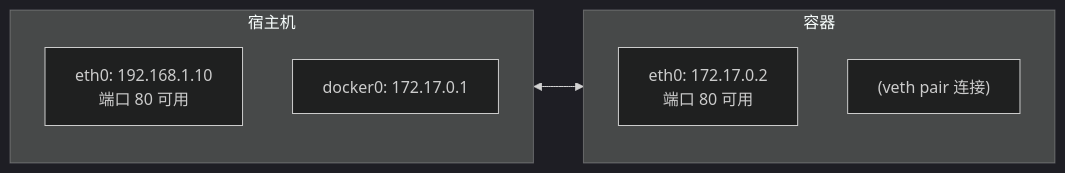
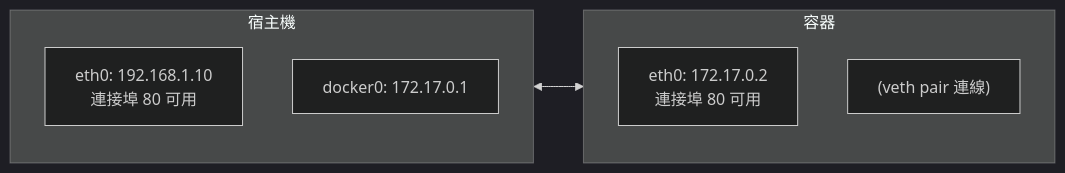
The second of 3 diagrams in 12_implementation/12.2_namespace.md (doggy8088/docker_practice), drawn with Mermaid (dark theme) before and after one commit. The commit also changed other lines of this file and 211 other files, not shown here.

````diff
--- a/12_implementation/12.2_namespace.md
+++ b/12_implementation/12.2_namespace.md
@@ -89,16 +89,16 @@
 ```mermaid
 flowchart LR
-    subgraph Host ["宿主机"]
+    subgraph Host ["宿主機"]
         direction TB
-        H1["eth0: 192.168.1.10<br/>端口 80 可用"]
+        H1["eth0: 192.168.1.10<br/>連接埠 80 可用"]
         H2["docker0: 172.17.0.1"]
     end
 
     subgraph Container ["容器"]
         direction TB
-        C1["eth0: 172.17.0.2<br/>端口 80 可用"]
-        C2["(veth pair 连接)"]
+        C1["eth0: 172.17.0.2<br/>連接埠 80 可用"]
+        C2["(veth pair 連線)"]
     end
 
     H2 <--> C2
 ```
````
